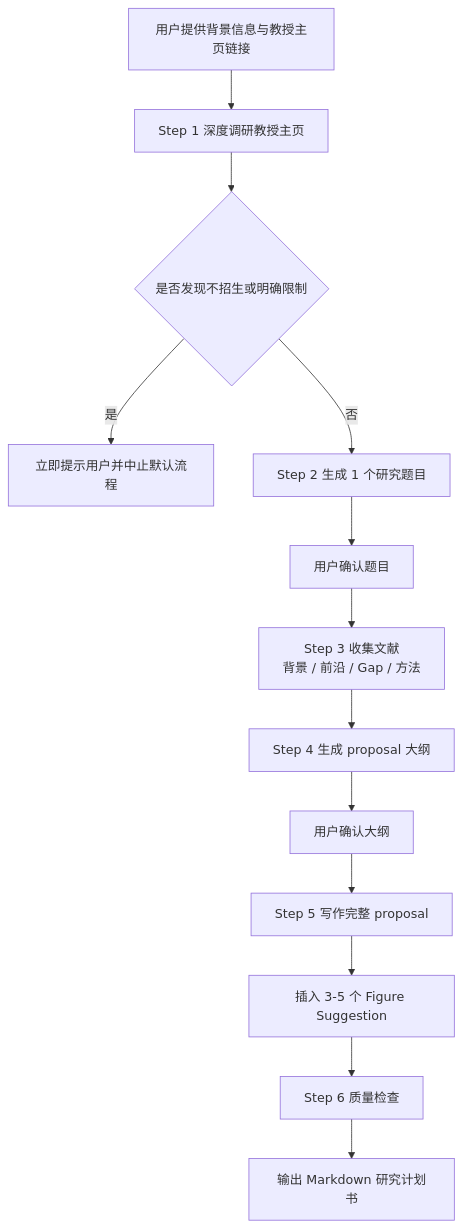
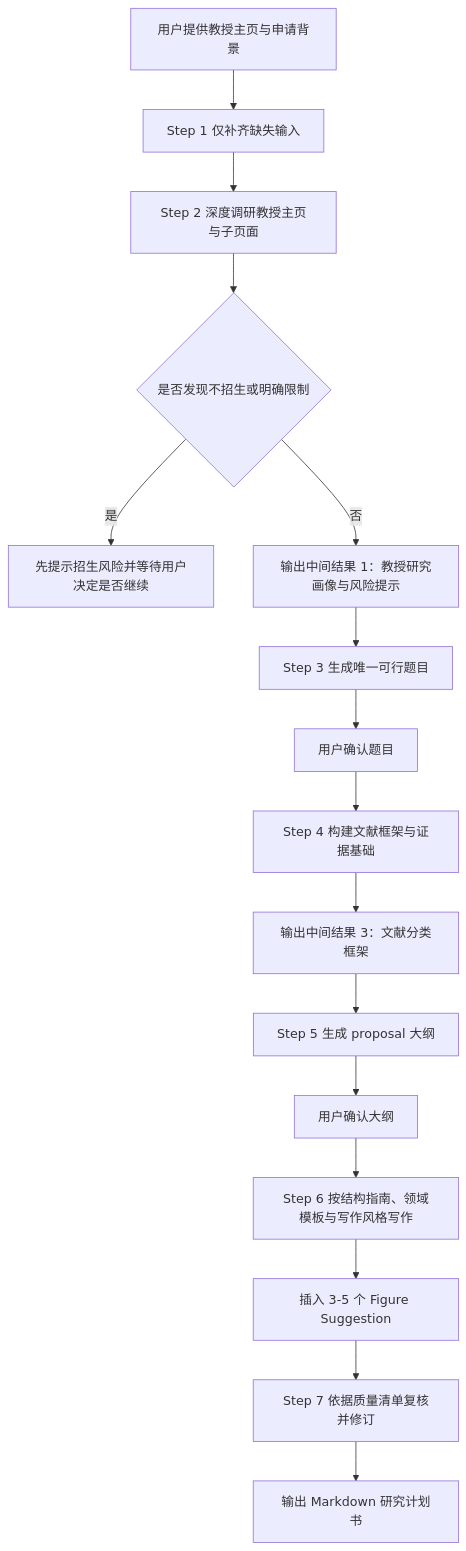
One commit to sonnygin/japan-university-exam-guide changed the diagram in skills/research-proposal-skill/README.md. Above: the diagram before and after it, drawn with Mermaid. The commit also changed other lines of this file and 10 other files, not shown here.

````diff
--- a/skills/research-proposal-skill/README.md
+++ b/skills/research-proposal-skill/README.md
@@ -52,15 +41,18 @@
 ```mermaid
 flowchart TD
-    A[用户提供背景信息与教授主页链接] --> B[Step 1 深度调研教授主页]
-    B --> C{是否发现不招生或明确限制}
-    C -- 是 --> D[立即提示用户并中止默认流程]
-    C -- 否 --> E[Step 2 生成 1 个研究题目]
-    E --> F[用户确认题目]
-    F --> G[Step 3 收集文献\n背景 / 前沿 / Gap / 方法]
-    G --> H[Step 4 生成 proposal 大纲]
-    H --> I[用户确认大纲]
-    I --> J[Step 5 写作完整 proposal]
-    J --> K[插入 3-5 个 Figure Suggestion]
-    K --> L[Step 6 质量检查]
-    L --> M[输出 Markdown 研究计划书]
+    A[用户提供教授主页与申请背景] --> B[Step 1 仅补齐缺失输入]
+    B --> C[Step 2 深度调研教授主页与子页面]
+    C --> D{是否发现不招生或明确限制}
+    D -- 是 --> E[先提示招生风险并等待用户决定是否继续]
+    D -- 否 --> F[输出中间结果 1：教授研究画像与风险提示]
+    F --> G[Step 3 生成唯一可行题目]
+    G --> H[用户确认题目]
+    H --> I[Step 4 构建文献框架与证据基础]
+    I --> J[输出中间结果 3：文献分类框架]
+    J --> K[Step 5 生成 proposal 大纲]
+    K --> L[用户确认大纲]
+    L --> M[Step 6 按结构指南、领域模板与写作风格写作]
+    M --> N[插入 3-5 个 Figure Suggestion]
+    N --> O[Step 7 依据质量清单复核并修订]
+    O --> P[输出 Markdown 研究计划书]
 ```
````
